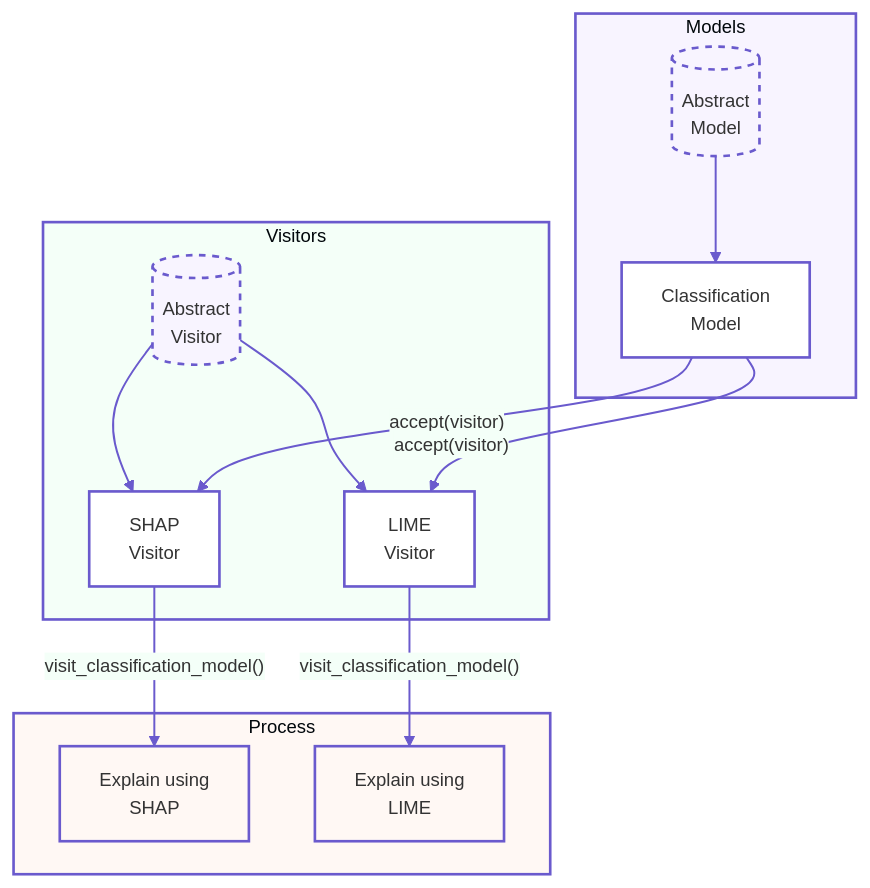
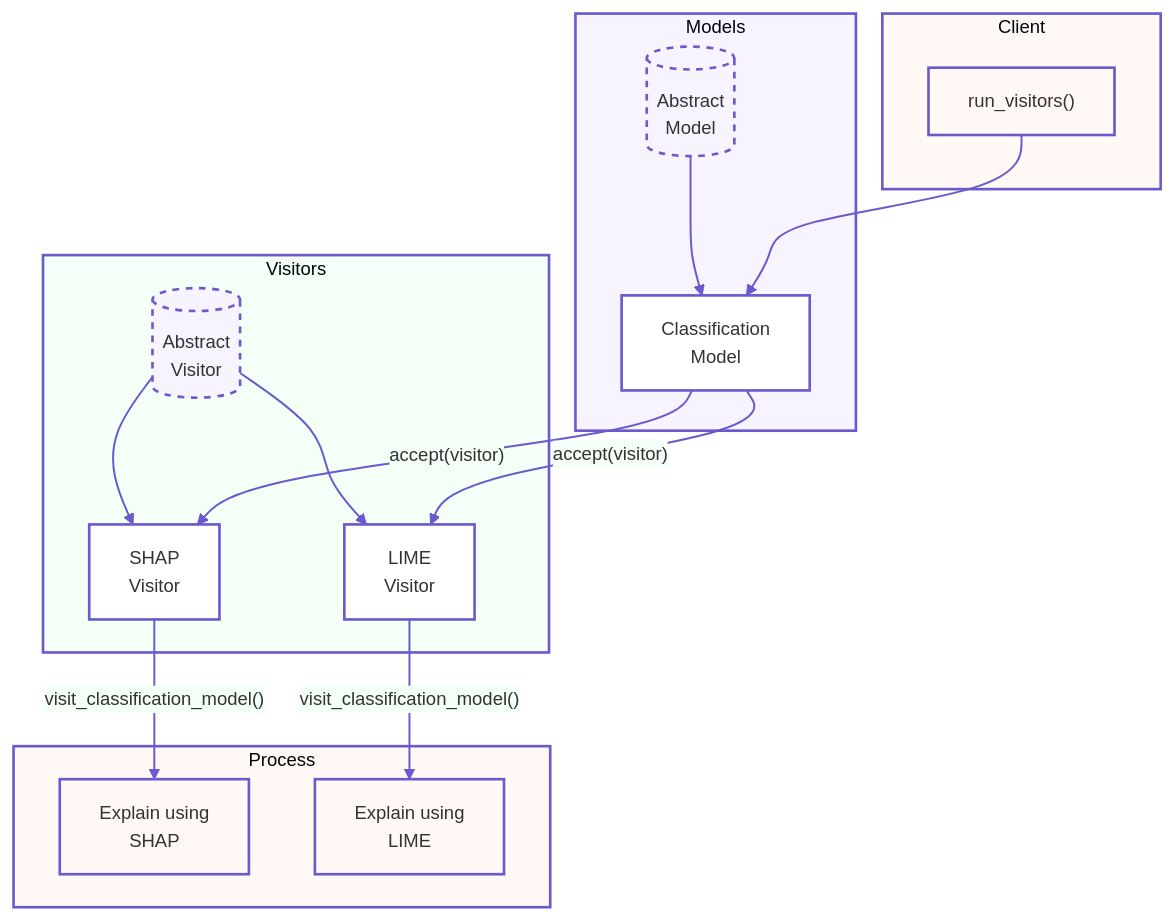
The diagram in src/mermaid/13_visitor.mmd (arunpshankar/Python-Design-Patterns-for-AI), drawn with Mermaid before and after one commit.

```diff
--- a/src/mermaid/13_visitor.mmd
+++ b/src/mermaid/13_visitor.mmd
@@ -1,47 +1,55 @@
 %%{init: {'theme': 'base', 'themeVariables': { 
     'primaryColor': '#f8f4ff', 
     'secondaryColor': '#f4fff8', 
     'tertiaryColor': '#fff8f4', 
     'mainBkg': '#ffffff', 
     'nodeBorder': '#6a5acd', 
     'clusterBkg': '#fafafa', 
     'clusterBorder': '#6a5acd', 
     'lineColor': '#6a5acd', 
     'fontFamily': 'Helvetica, Arial, sans-serif', 
     'fontSize': '14px' 
 }}}%%
 
 flowchart TB
     subgraph Models
         style Models fill:#f8f4ff,stroke:#6a5acd,stroke-width:2px
         M[("Abstract<br>Model")]
         CM["Classification<br>Model"]
         M --> CM
     end
 
     subgraph Visitors
         style Visitors fill:#f4fff8,stroke:#6a5acd,stroke-width:2px
         V[("Abstract<br>Visitor")]
         SV["SHAP<br>Visitor"]
         LV["LIME<br>Visitor"]
         V --> SV
         V --> LV
     end
 
     subgraph Process
         style Process fill:#fff8f4,stroke:#6a5acd,stroke-width:2px
         CM -->|"accept(visitor)"| SV
         CM -->|"accept(visitor)"| LV
         SV -->|"visit_classification_model()"| E1["Explain using<br>SHAP"]
         LV -->|"visit_classification_model()"| E2["Explain using<br>LIME"]
     end
 
+    subgraph Client
+        style Client fill:#fff8f4,stroke:#6a5acd,stroke-width:2px
+        runVisitors["run_visitors()"]
+        runVisitors --> CM
+    end
+
     classDef abstract fill:#f8f4ff,stroke:#6a5acd,stroke-width:2px,stroke-dasharray: 5 5
     classDef concrete fill:#ffffff,stroke:#6a5acd,stroke-width:2px
     classDef process fill:#fff8f4,stroke:#6a5acd,stroke-width:2px
+    classDef client fill:#fff8f4,stroke:#6a5acd,stroke-width:2px
 
     class M,V abstract
     class CM,SV,LV concrete
     class E1,E2 process
+    class runVisitors client
 
     linkStyle default stroke:#6a5acd,stroke-width:1.5px
```
